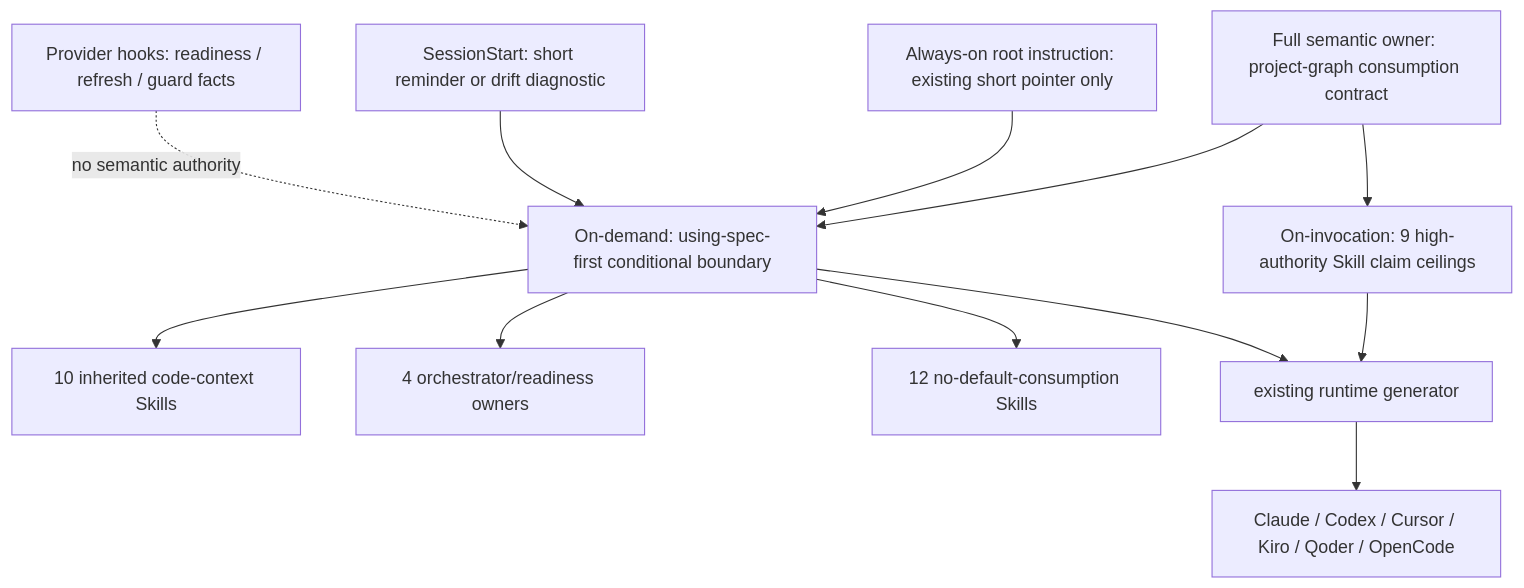
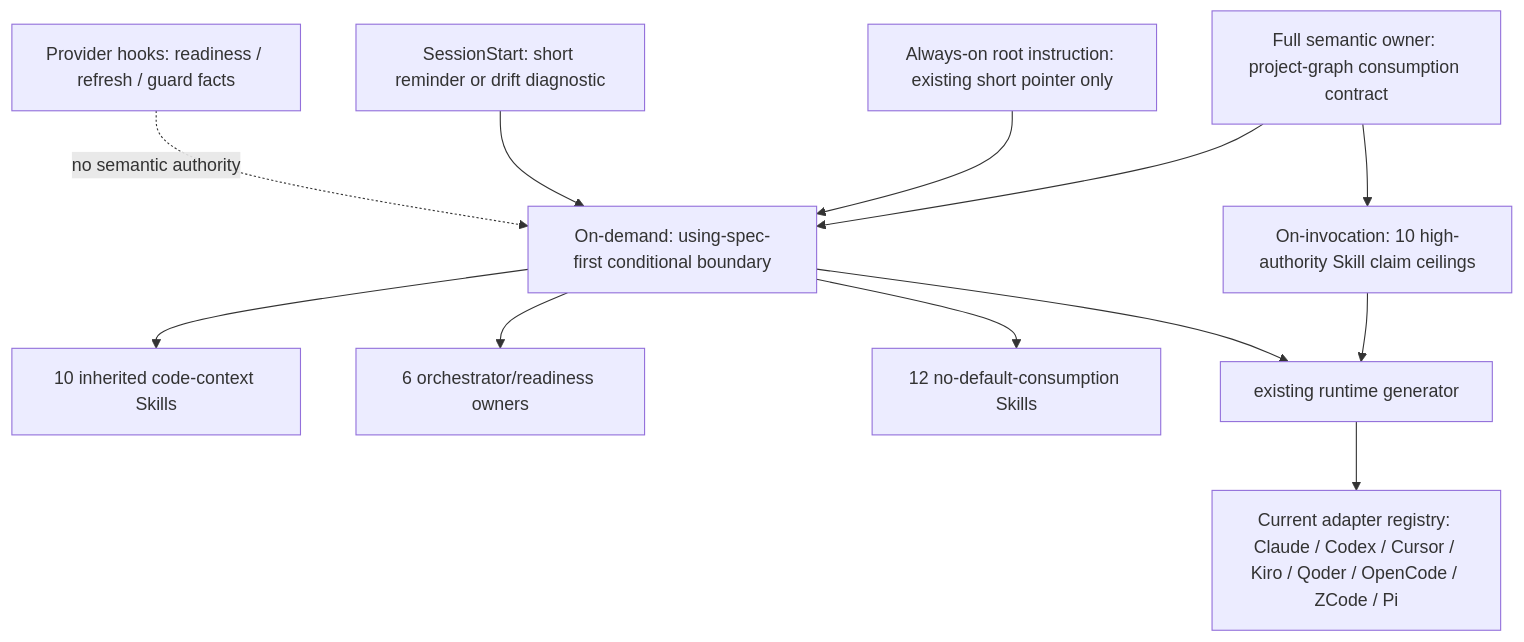
The second of 2 diagrams in docs/plans/2026-07-30-002-refactor-project-intelligence-skill-consumption-plan.md (leo-kuang-ai/spec-first), drawn with Mermaid before and after one commit. The commit also changed other lines of this file and 73 other files, not shown here.

````diff
--- a/docs/plans/2026-07-30-002-refactor-project-intelligence-skill-consumption-plan.md
+++ b/docs/plans/2026-07-30-002-refactor-project-intelligence-skill-consumption-plan.md
@@ -201,14 +203,14 @@
 ```mermaid
 flowchart TB
   C[Full semantic owner: project-graph consumption contract] --> U[On-demand: using-spec-first conditional boundary]
-  C --> H[On-invocation: 9 high-authority Skill claim ceilings]
+  C --> H[On-invocation: 10 high-authority Skill claim ceilings]
   RI[Always-on root instruction: existing short pointer only] --> U
   SS[SessionStart: short reminder or drift diagnostic] --> U
   PH[Provider hooks: readiness / refresh / guard facts] -. no semantic authority .-> U
   U --> I[10 inherited code-context Skills]
-  U --> O[4 orchestrator/readiness owners]
+  U --> O[6 orchestrator/readiness owners]
   U --> N[12 no-default-consumption Skills]
   H --> G[existing runtime generator]
   U --> G
-  G --> R[Claude / Codex / Cursor / Kiro / Qoder / OpenCode]
+  G --> R[Current adapter registry: Claude / Codex / Cursor / Kiro / Qoder / OpenCode / ZCode / Pi]
 ```
````
